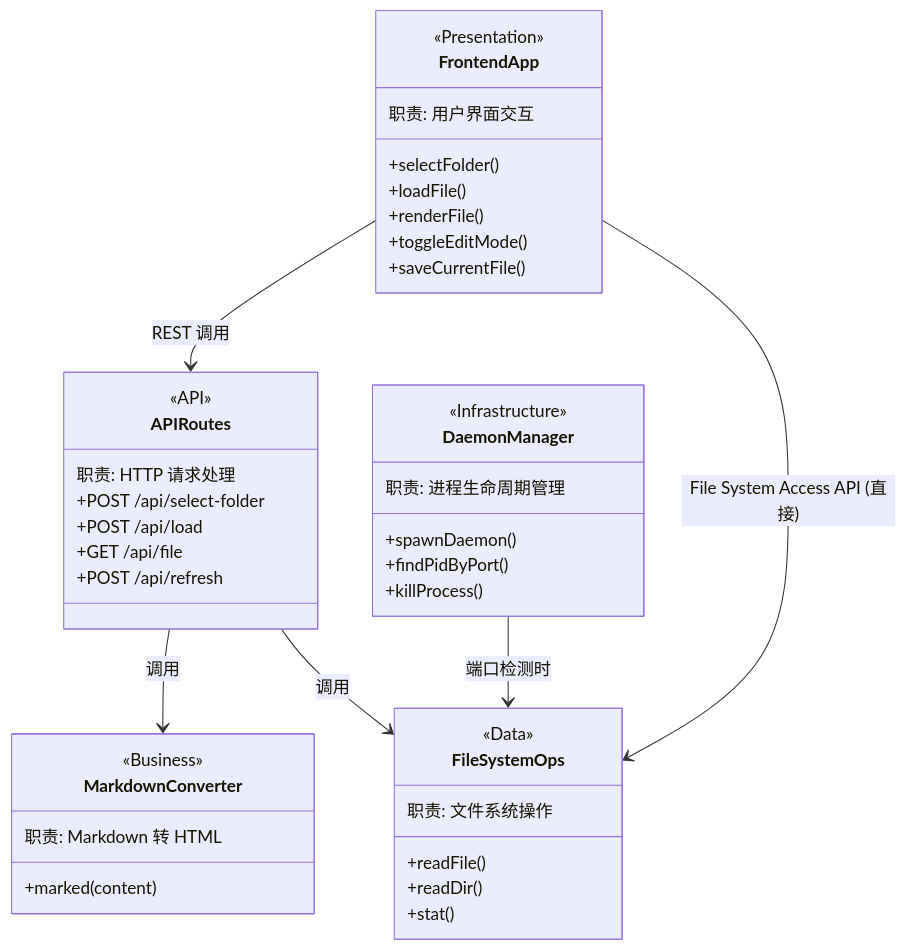
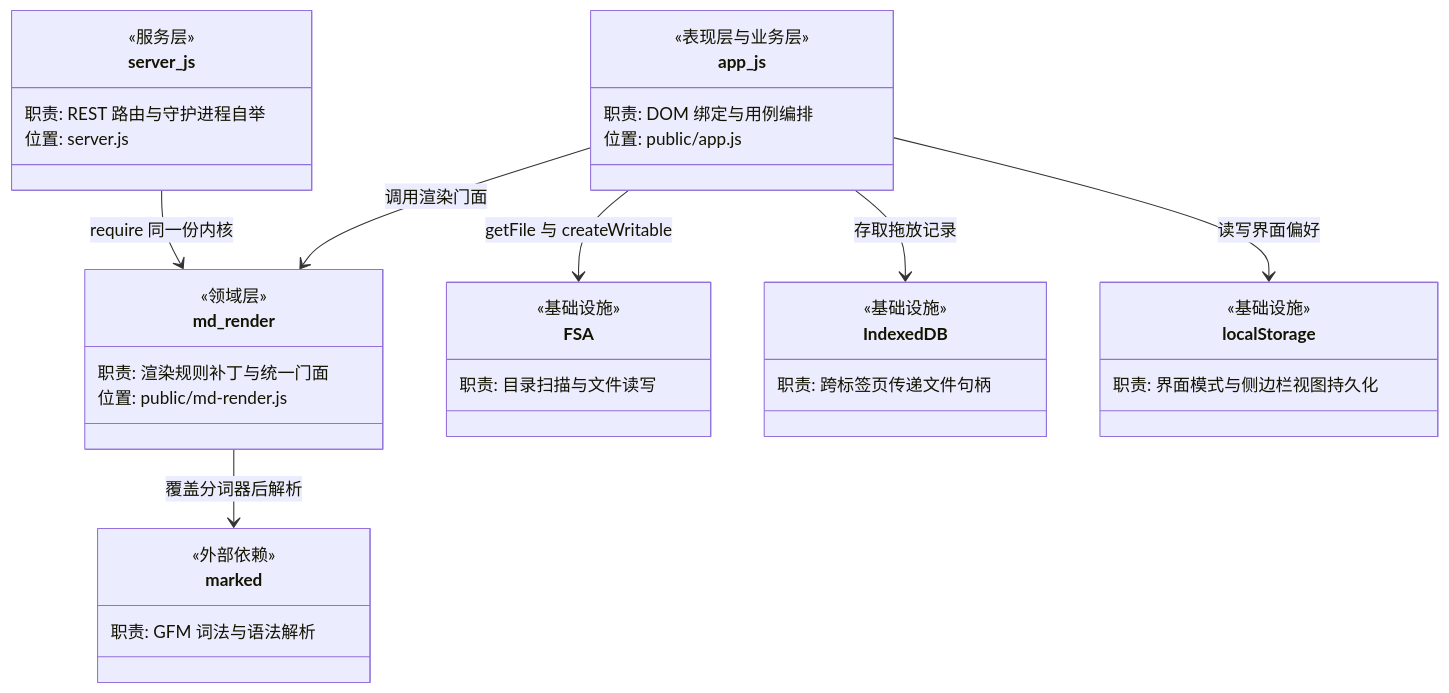
The fourth of 4 diagrams in doc/kb/仓库架构.md (Leo-H-W/LightMDKit), drawn with Mermaid before and after one commit. The commit also changed other lines of this file and 13 other files, not shown here.

````diff
--- a/doc/kb/仓库架构.md
+++ b/doc/kb/仓库架构.md
@@ -187,49 +382,41 @@
 ```mermaid
 classDiagram
-    class FrontendApp {
-        <<Presentation>>
-        职责: 用户界面交互
-        +selectFolder()
-        +loadFile()
-        +renderFile()
-        +toggleEditMode()
-        +saveCurrentFile()
+    class app_js {
+        <<表现层与业务层>>
+        职责: DOM 绑定与用例编排
+        位置: public/app.js
+    }
+    class md_render {
+        <<领域层>>
+        职责: 渲染规则补丁与统一门面
+        位置: public/md-render.js
+    }
+    class server_js {
+        <<服务层>>
+        职责: REST 路由与守护进程自举
+        位置: server.js
+    }
+    class marked {
+        <<外部依赖>>
+        职责: GFM 词法与语法解析
+    }
+    class FSA {
+        <<基础设施>>
+        职责: 目录扫描与文件读写
+    }
+    class IndexedDB {
+        <<基础设施>>
+        职责: 跨标签页传递文件句柄
+    }
+    class localStorage {
+        <<基础设施>>
+        职责: 界面模式与侧边栏视图持久化
     }
 
-    class APIRoutes {
-        <<API>>
-        职责: HTTP 请求处理
-        +POST /api/select-folder
-        +POST /api/load
-        +GET /api/file
-        +POST /api/refresh
-    }
-
-    class MarkdownConverter {
-        <<Business>>
-        职责: Markdown 转 HTML
-        +marked(content)
-    }
-
-    class FileSystemOps {
-        <<Data>>
-        职责: 文件系统操作
-        +readFile()
-        +readDir()
-        +stat()
-    }
-
-    class DaemonManager {
-        <<Infrastructure>>
-        职责: 进程生命周期管理
-        +spawnDaemon()
-        +findPidByPort()
-        +killProcess()
-    }
-
-    FrontendApp --> APIRoutes : REST 调用
-    FrontendApp --> FileSystemOps : File System Access API (直接)
-    APIRoutes --> MarkdownConverter : 调用
-    APIRoutes --> FileSystemOps : 调用
-    DaemonManager --> FileSystemOps : 端口检测时
+    app_js --> md_render : 调用渲染门面
+    app_js --> FSA : getFile 与 createWritable
+    app_js --> IndexedDB : 存取拖放记录
+    app_js --> localStorage : 读写界面偏好
+    server_js --> md_render : require 同一份内核
+    md_render --> marked : 覆盖分词器后解析
 ```
````
